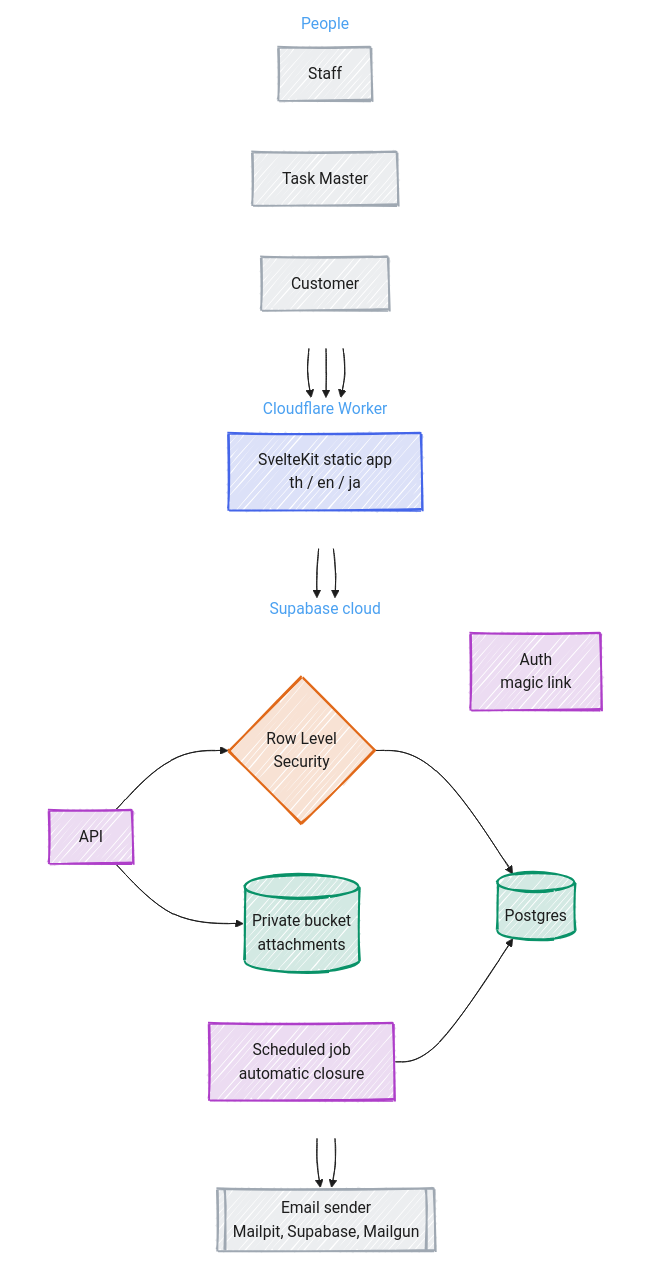
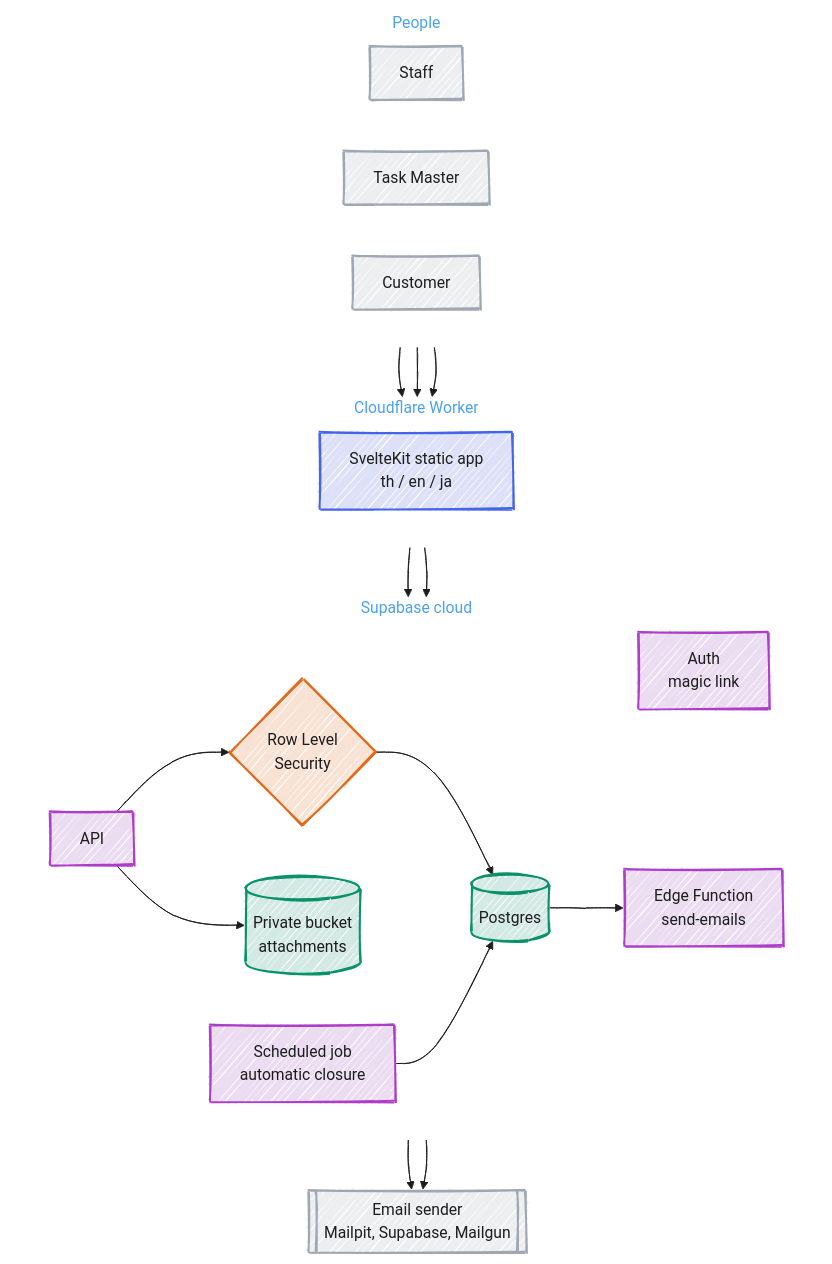
One commit to jedt3d/tasuku changed the fourth of 4 diagrams in docs/diagram/v1-plan.md. Above: the diagram before and after it, drawn with Mermaid. The commit also changed 7 other files, not shown here.

Commit message:
docs: sync the diagrams with email notifications (#10)

```diff
--- a/docs/diagram/v1-plan.md
+++ b/docs/diagram/v1-plan.md
@@ -440,6 +440,7 @@
     db[("Postgres")]:::green
     store[("Private bucket<br/>attachments")]:::green
     cron["Scheduled job<br/>automatic closure"]:::violet
+    fn["Edge Function<br/>send-emails"]:::violet
   end
   mail[["Email sender<br/>Mailpit, Supabase, Mailgun"]]:::grey
   staff --> spa
@@ -451,7 +452,7 @@
   api --> store
   cron --> db
   auth --> mail
-  db --> mail
+  db --> fn --> mail
   style people fill:none,stroke:#4ba1f1,stroke-width:2px,color:#4ba1f1
   style edge fill:none,stroke:#4ba1f1,stroke-width:2px,color:#4ba1f1
   style supa fill:none,stroke:#4ba1f1,stroke-width:2px,color:#4ba1f1
```
